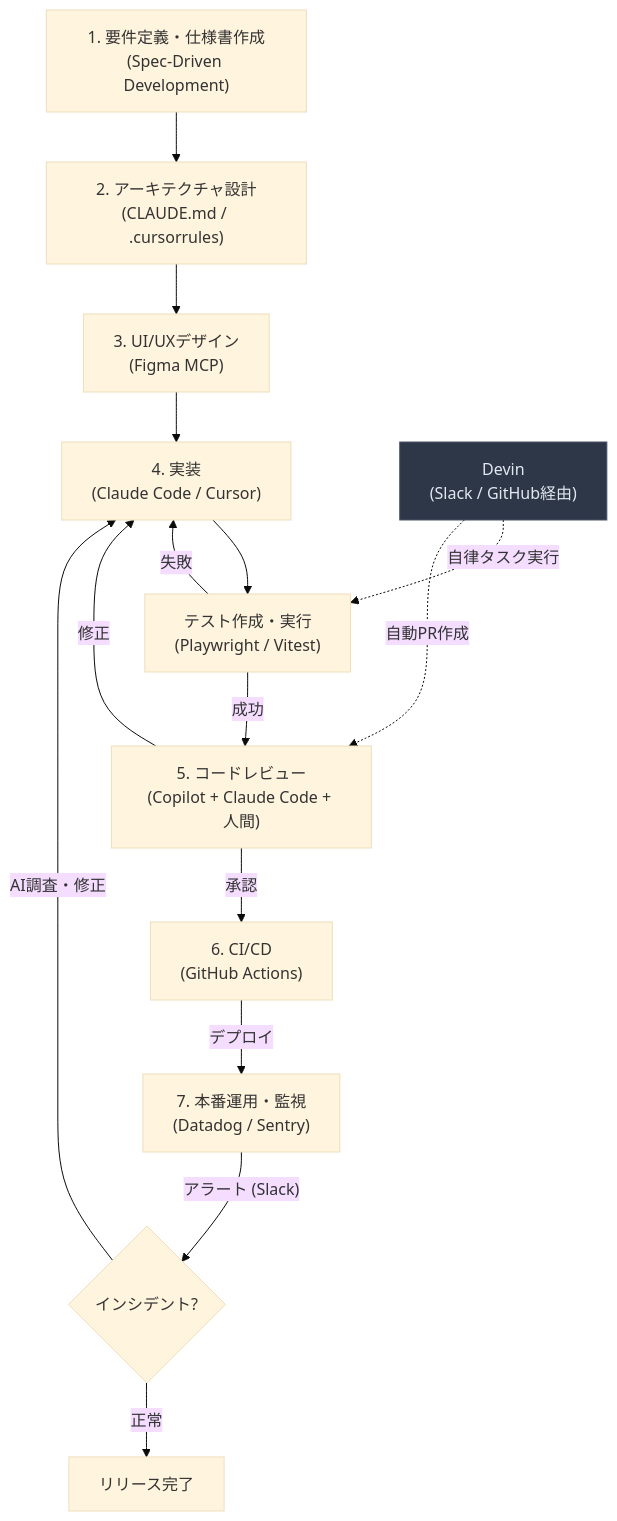
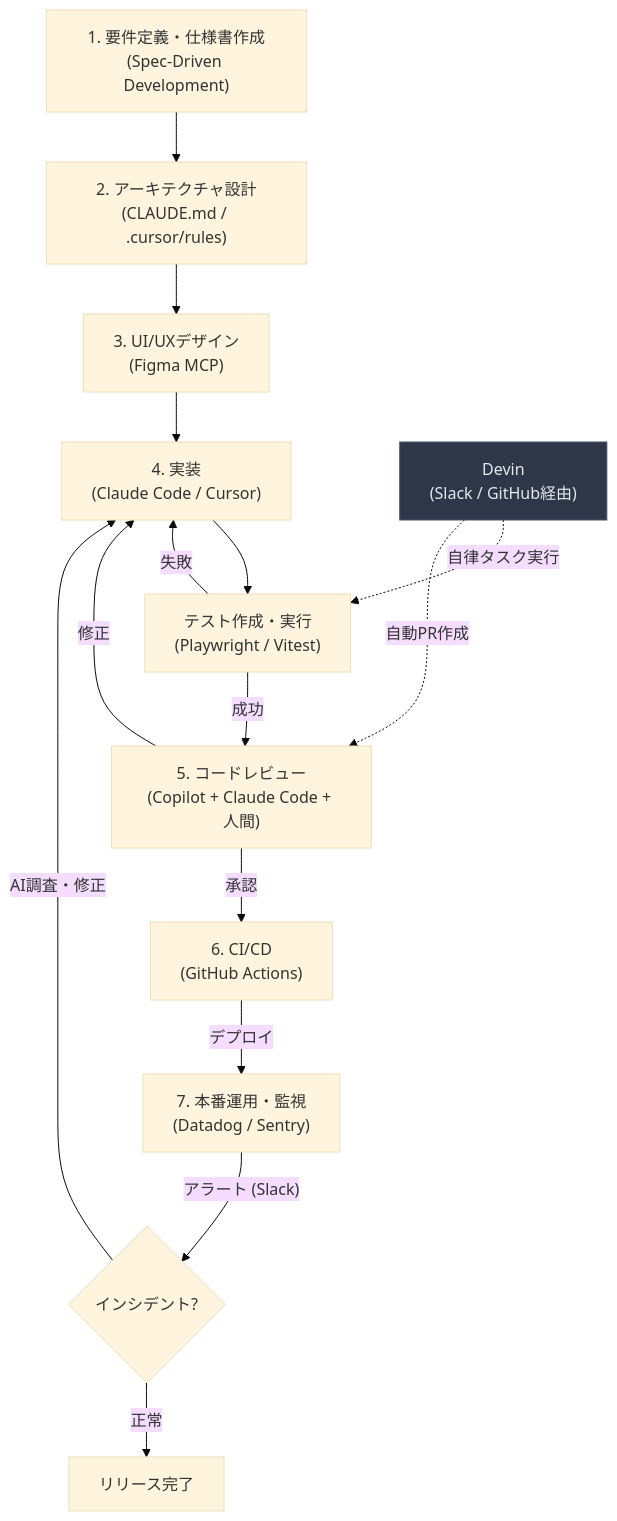
Before and after one commit to takuma39/ai: the fourth of 18 diagrams in AI駆動開発.md, drawn with Mermaid (base theme). The commit also changed other lines of this file and 2 other files, not shown here.

````diff
--- a/AI駆動開発.md
+++ b/AI駆動開発.md
@@ -193,19 +193,19 @@
 ```mermaid
 flowchart TD
-    A["1. 要件定義・仕様書作成<br/>(Spec-Driven Development)"] --> B["2. アーキテクチャ設計<br/>(CLAUDE.md / .cursorrules)"]
+    A["1. 要件定義・仕様書作成<br/>(Spec-Driven Development)"] --> B["2. アーキテクチャ設計<br/>(CLAUDE.md / .cursor/rules)"]
     B --> C["3. UI/UXデザイン<br/>(Figma MCP)"]
     C --> D["4. 実装<br/>(Claude Code / Cursor)"]
     D --> T["テスト作成・実行<br/>(Playwright / Vitest)"]
     T -->|"失敗"| D
     T -->|"成功"| E["5. コードレビュー<br/>(Copilot + Claude Code + 人間)"]
     E -->|修正| D
     E -->|承認| F["6. CI/CD<br/>(GitHub Actions)"]
     F -->|デプロイ| G["7. 本番運用・監視<br/>(Datadog / Sentry)"]
     G -->|"アラート (Slack)"| H{"インシデント?"}
     H -->|"AI調査・修正"| D
     H -->|"正常"| I["リリース完了"]
 
     style D2 fill:#2d3748,stroke:#4a5568,color:#e2e8f0
     D2["Devin<br/>(Slack / GitHub経由)"] -.->|"自律タスク実行"| T
     D2 -.->|"自動PR作成"| E
 ```
````
